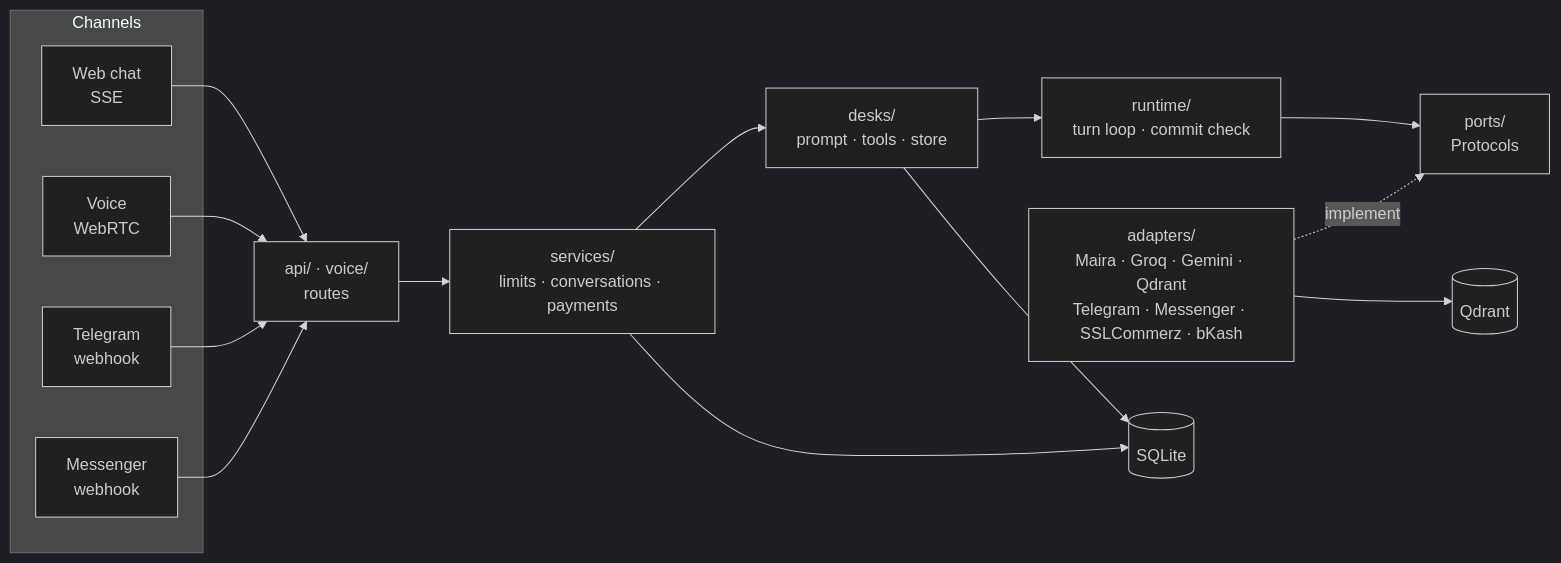
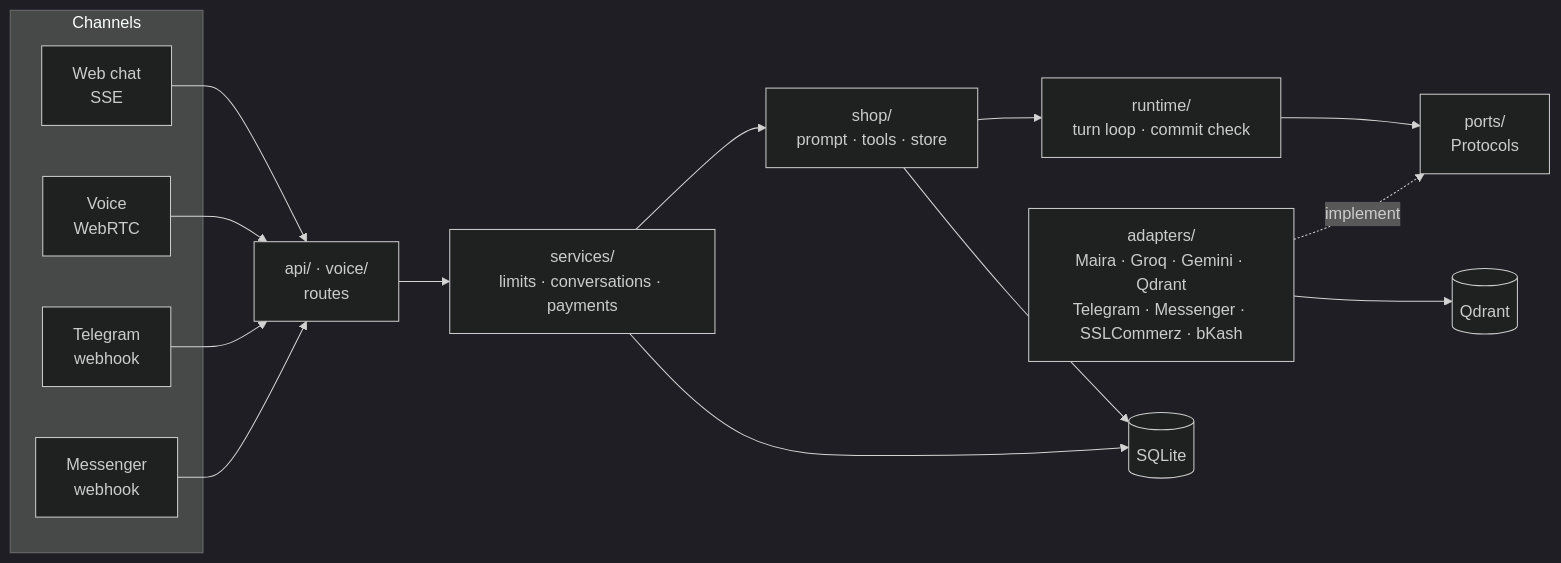
One commit to kayesFerdous/heydesk changed the diagram in README.md. Above: the diagram before and after it, drawn with Mermaid (dark theme). The commit also changed other lines of this file and 85 other files, not shown here.

````diff
--- a/README.md
+++ b/README.md
@@ -22,17 +22,17 @@
 ```mermaid
 flowchart LR
     subgraph Channels
         W[Web chat<br/>SSE]
         V[Voice<br/>WebRTC]
         T[Telegram<br/>webhook]
         M[Messenger<br/>webhook]
     end
     W & V & T & M --> API[api/ · voice/<br/>routes]
     API --> S[services/<br/>limits · conversations · payments]
-    S --> D[desks/<br/>prompt · tools · store]
+    S --> D[shop/<br/>prompt · tools · store]
     D --> R[runtime/<br/>turn loop · commit check]
     R --> P[ports/<br/>Protocols]
     A[adapters/<br/>Maira · Groq · Gemini · Qdrant<br/>Telegram · Messenger · SSLCommerz · bKash] -. implement .-> P
     S & D --> DB[(SQLite)]
     A --> Q[(Qdrant)]
 ```
````
